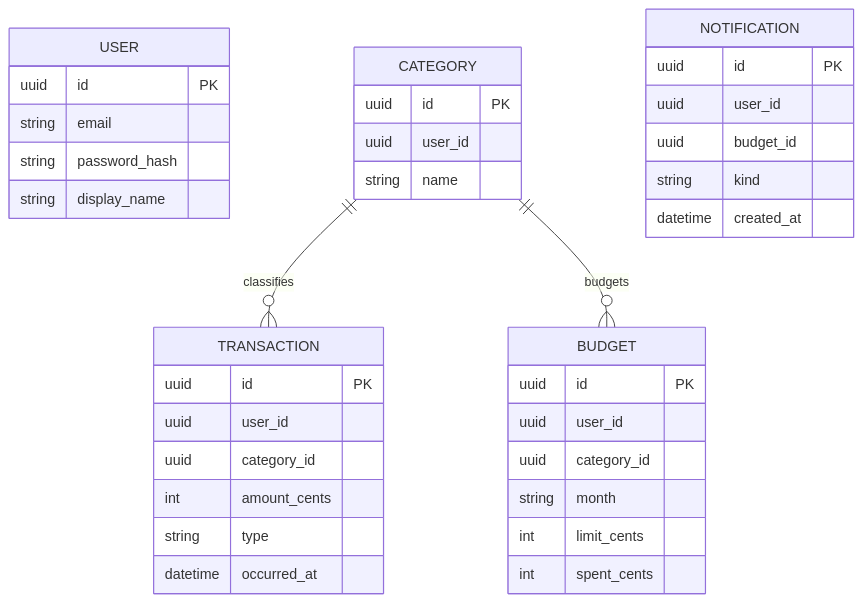
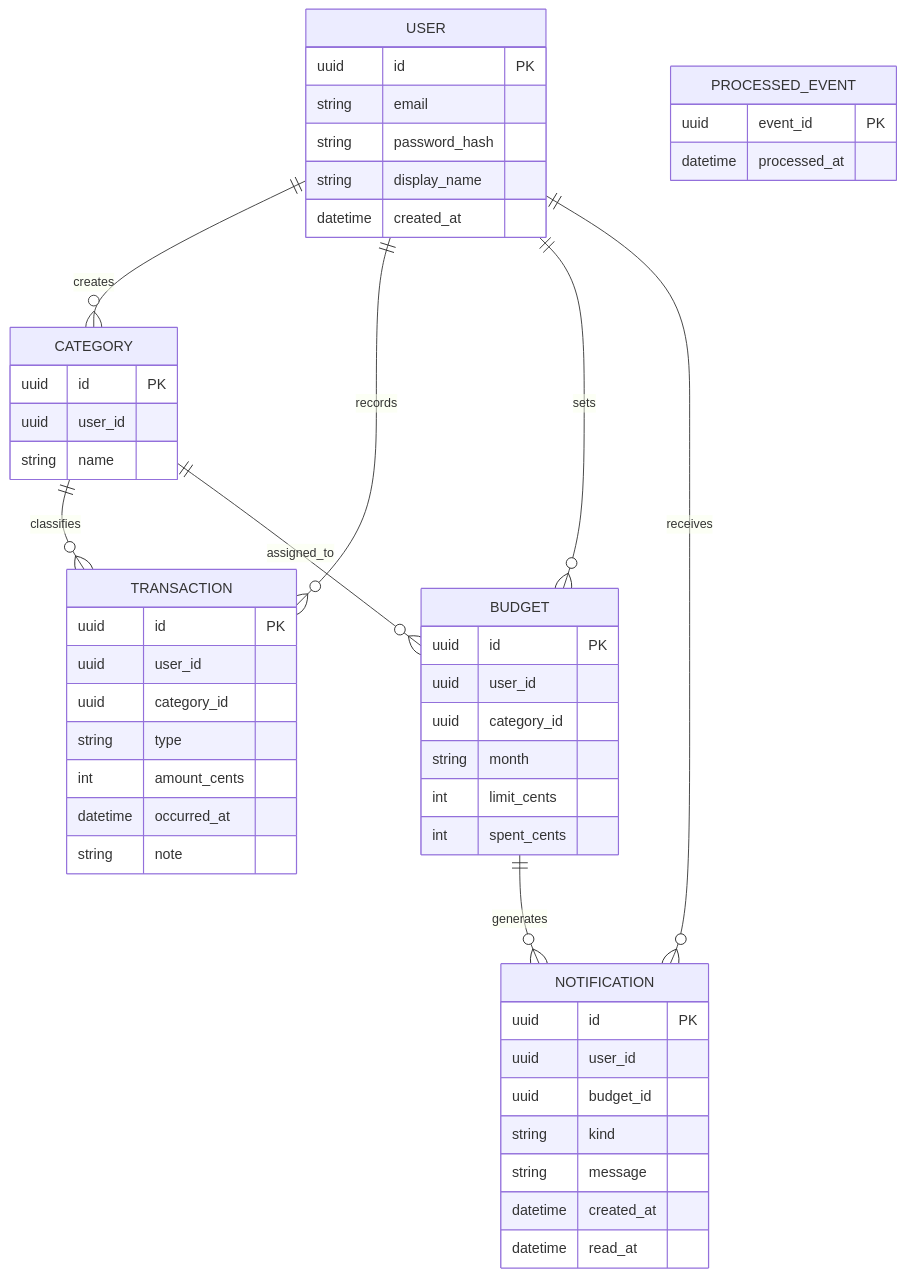
The diagram in docs/04-data-model.md (lojain1221/spend-wise), drawn with Mermaid before and after one commit. The commit also changed other lines of this file, not shown here.

````diff
--- a/docs/04-data-model.md
+++ b/docs/04-data-model.md
@@ -17,39 +29,58 @@
 ```mermaid
 erDiagram
     USER {
         uuid id PK
         string email
         string password_hash
         string display_name
+        datetime created_at
     }
-    TRANSACTION {
-        uuid id PK
-        uuid user_id
-        uuid category_id
-        int amount_cents
-        string type
-        datetime occurred_at
-    }
+
     CATEGORY {
         uuid id PK
         uuid user_id
         string name
     }
+
+    TRANSACTION {
+        uuid id PK
+        uuid user_id
+        uuid category_id
+        string type
+        int amount_cents
+        datetime occurred_at
+        string note
+    }
+
     BUDGET {
         uuid id PK
         uuid user_id
         uuid category_id
         string month
         int limit_cents
         int spent_cents
     }
+
+    PROCESSED_EVENT {
+        uuid event_id PK
+        datetime processed_at
+    }
+
     NOTIFICATION {
         uuid id PK
         uuid user_id
         uuid budget_id
         string kind
+        string message
         datetime created_at
+        datetime read_at
     }
+
+    USER ||--o{ CATEGORY : creates
+    USER ||--o{ TRANSACTION : records
+    USER ||--o{ BUDGET : sets
+    USER ||--o{ NOTIFICATION : receives
     CATEGORY ||--o{ TRANSACTION : classifies
-    CATEGORY ||--o{ BUDGET : budgets
+    CATEGORY ||--o{ BUDGET : assigned_to
+    BUDGET ||--o{ NOTIFICATION : generates
 ```
````
